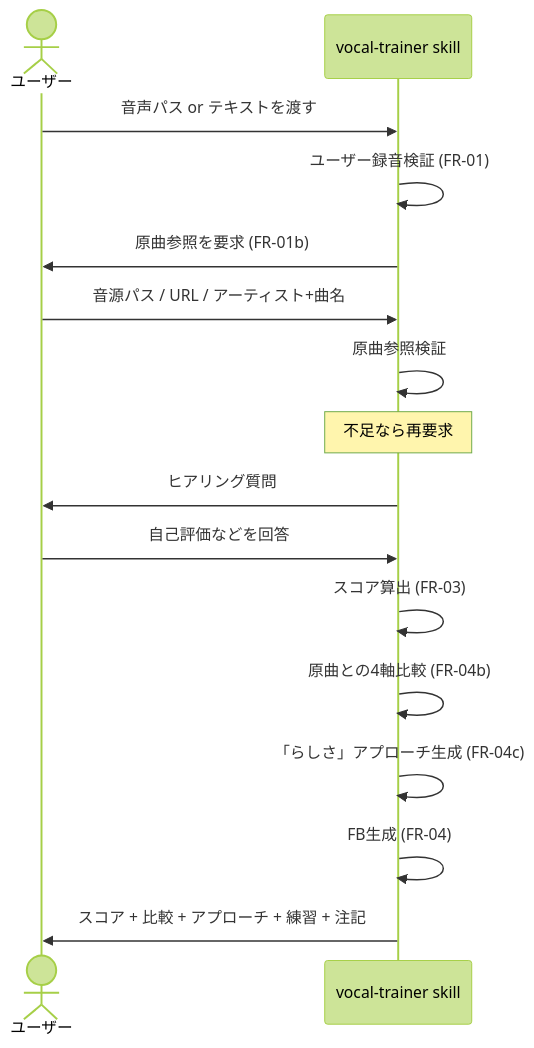
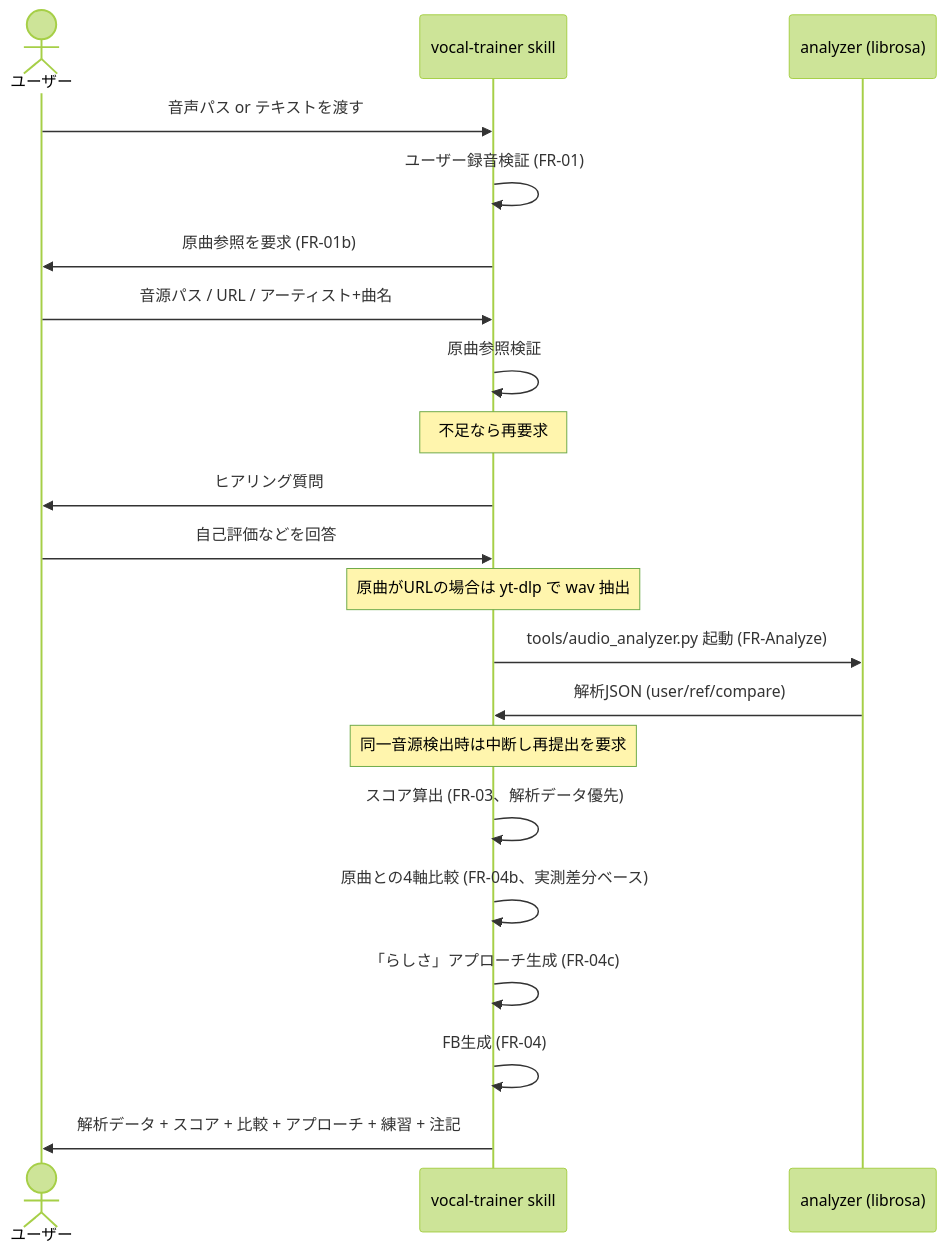
Before and after one commit to maru0814/vocalcoach: the second of 3 diagrams in docs/04_設計書_ClaudeCode版FB.md, drawn with Mermaid (forest theme). The commit also changed other lines of this file and 3 other files, not shown here.

````diff
--- a/docs/04_設計書_ClaudeCode版FB.md
+++ b/docs/04_設計書_ClaudeCode版FB.md
@@ -222,18 +277,23 @@
 ```mermaid
 sequenceDiagram
     actor U as ユーザー
     participant S as vocal-trainer skill
+    participant A as analyzer (librosa)
     U->>S: 音声パス or テキストを渡す
     S->>S: ユーザー録音検証 (FR-01)
     S->>U: 原曲参照を要求 (FR-01b)
     U->>S: 音源パス / URL / アーティスト+曲名
     S->>S: 原曲参照検証
     Note over S: 不足なら再要求
     S->>U: ヒアリング質問
     U->>S: 自己評価などを回答
-    S->>S: スコア算出 (FR-03)
-    S->>S: 原曲との4軸比較 (FR-04b)
+    Note over S: 原曲がURLの場合は yt-dlp で wav 抽出
+    S->>A: tools/audio_analyzer.py 起動 (FR-Analyze)
+    A->>S: 解析JSON (user/ref/compare)
+    Note over S: 同一音源検出時は中断し再提出を要求
+    S->>S: スコア算出 (FR-03、解析データ優先)
+    S->>S: 原曲との4軸比較 (FR-04b、実測差分ベース)
     S->>S: 「らしさ」アプローチ生成 (FR-04c)
     S->>S: FB生成 (FR-04)
-    S->>U: スコア + 比較 + アプローチ + 練習 + 注記
+    S->>U: 解析データ + スコア + 比較 + アプローチ + 練習 + 注記
 ```
````
